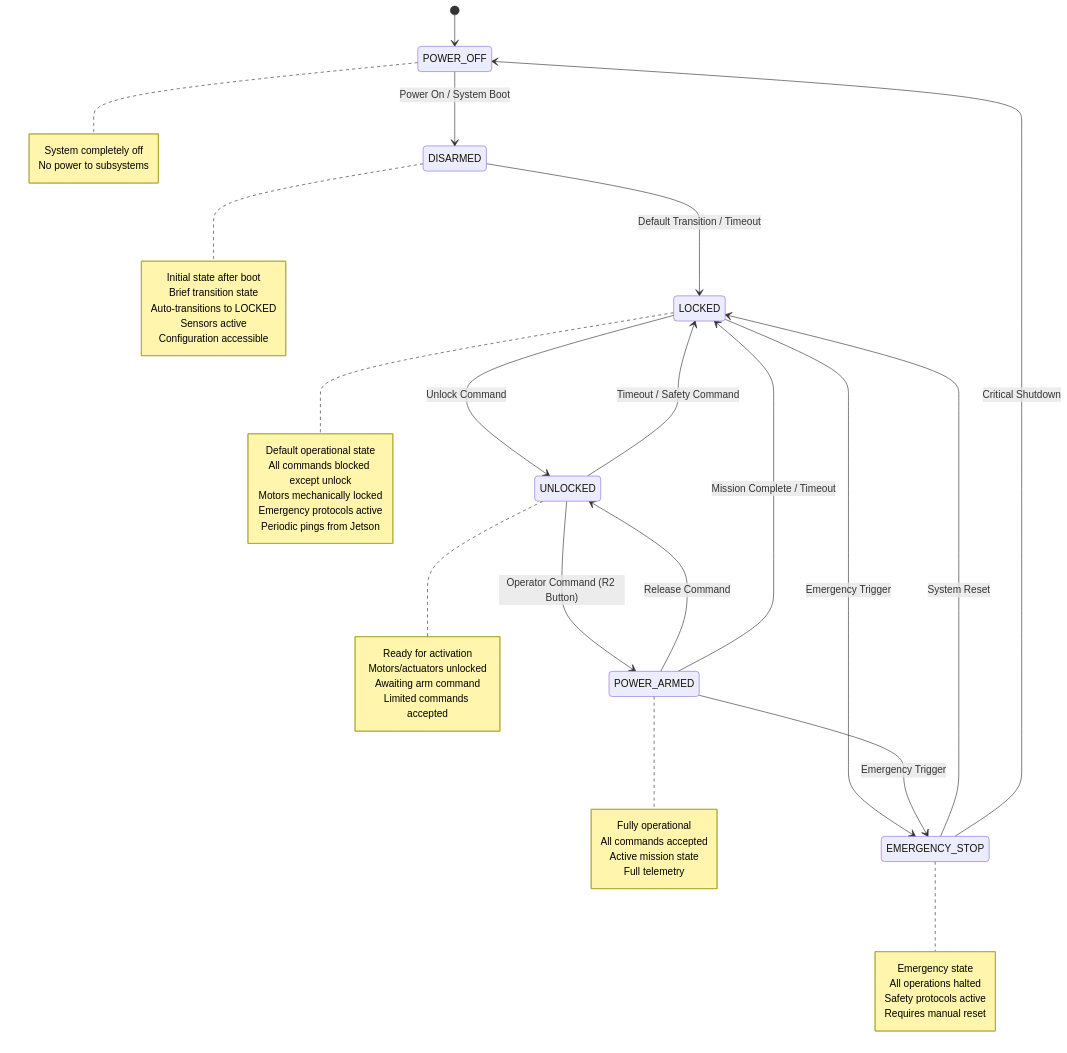
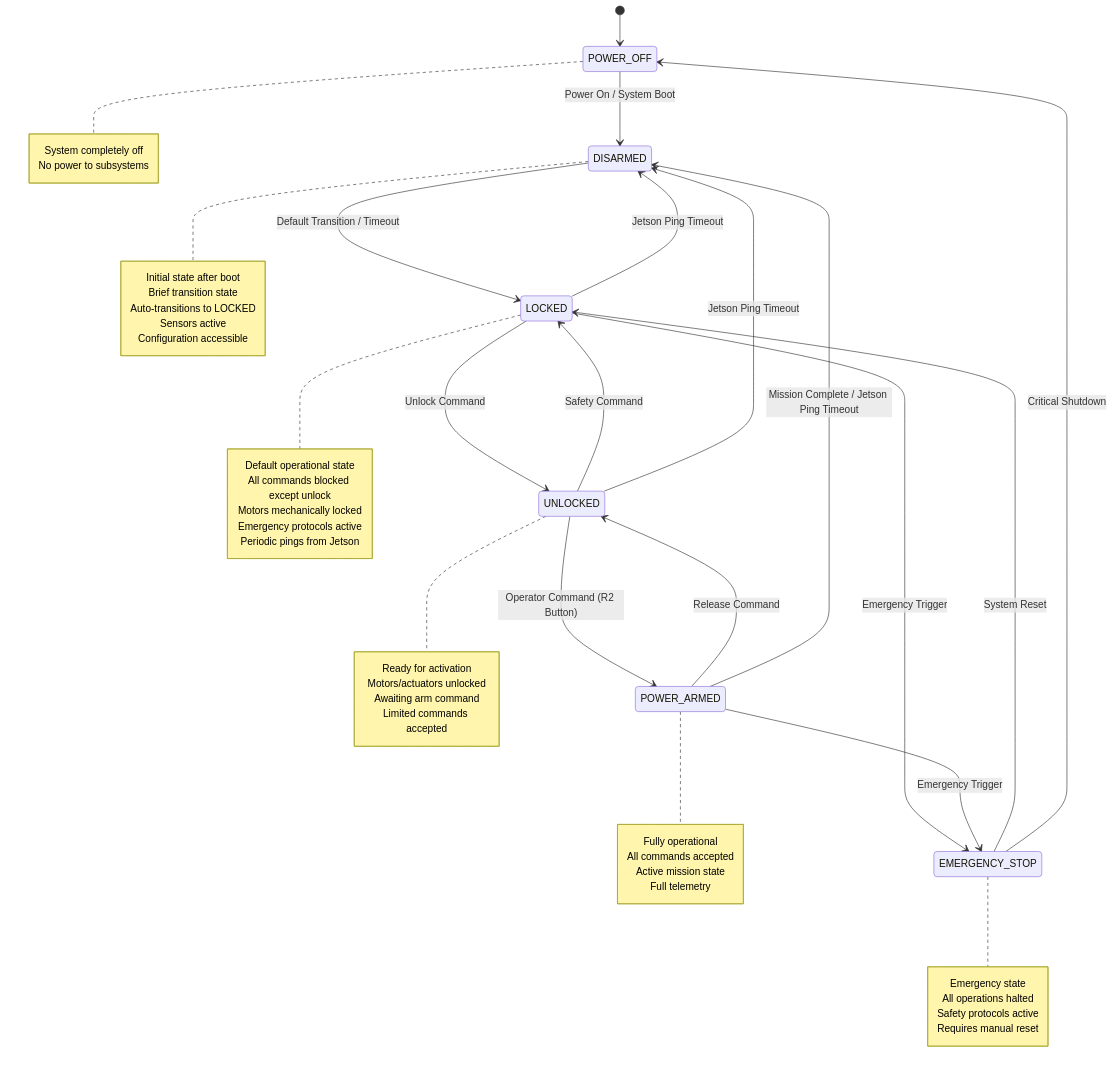
Before and after one commit to AryanRai/SIRI-Elec: the diagram in state_machine.md, drawn with Mermaid. The commit also changed other lines of this file and 3 other files, not shown here.

````diff
--- a/state_machine.md
+++ b/state_machine.md
@@ -9,63 +9,65 @@
 ```mermaid
 stateDiagram-v2
     [*] --> POWER_OFF
     
     POWER_OFF --> DISARMED : Power On / System Boot
     
     DISARMED --> LOCKED : Default Transition / Timeout
     
     LOCKED --> UNLOCKED : Unlock Command
     LOCKED --> EMERGENCY_STOP : Emergency Trigger
+    LOCKED --> DISARMED : Jetson Ping Timeout
     
     UNLOCKED --> POWER_ARMED : Operator Command (R2 Button)
-    UNLOCKED --> LOCKED : Timeout / Safety Command
+    UNLOCKED --> LOCKED : Safety Command
+    UNLOCKED --> DISARMED : Jetson Ping Timeout
     
     POWER_ARMED --> UNLOCKED : Release Command
     POWER_ARMED --> EMERGENCY_STOP : Emergency Trigger
-    POWER_ARMED --> LOCKED : Mission Complete / Timeout
+    POWER_ARMED --> DISARMED : Mission Complete / Jetson Ping Timeout
     
     EMERGENCY_STOP --> LOCKED : System Reset
     EMERGENCY_STOP --> POWER_OFF : Critical Shutdown
     
     note right of POWER_OFF
         System completely off
         No power to subsystems
     end note
     
     note right of DISARMED
         Initial state after boot
         Brief transition state
         Auto-transitions to LOCKED
         Sensors active
         Configuration accessible
     end note
     
     note right of UNLOCKED
         Ready for activation
         Motors/actuators unlocked
         Awaiting arm command
         Limited commands accepted
     end note
     
     note right of POWER_ARMED
         Fully operational
         All commands accepted
         Active mission state
         Full telemetry
     end note
     
     note right of LOCKED
         Default operational state
         All commands blocked except unlock
         Motors mechanically locked
         Emergency protocols active
         Periodic pings from Jetson
     end note
     
     note right of EMERGENCY_STOP
         Emergency state
         All operations halted
         Safety protocols active
         Requires manual reset
     end note
 ```
````
